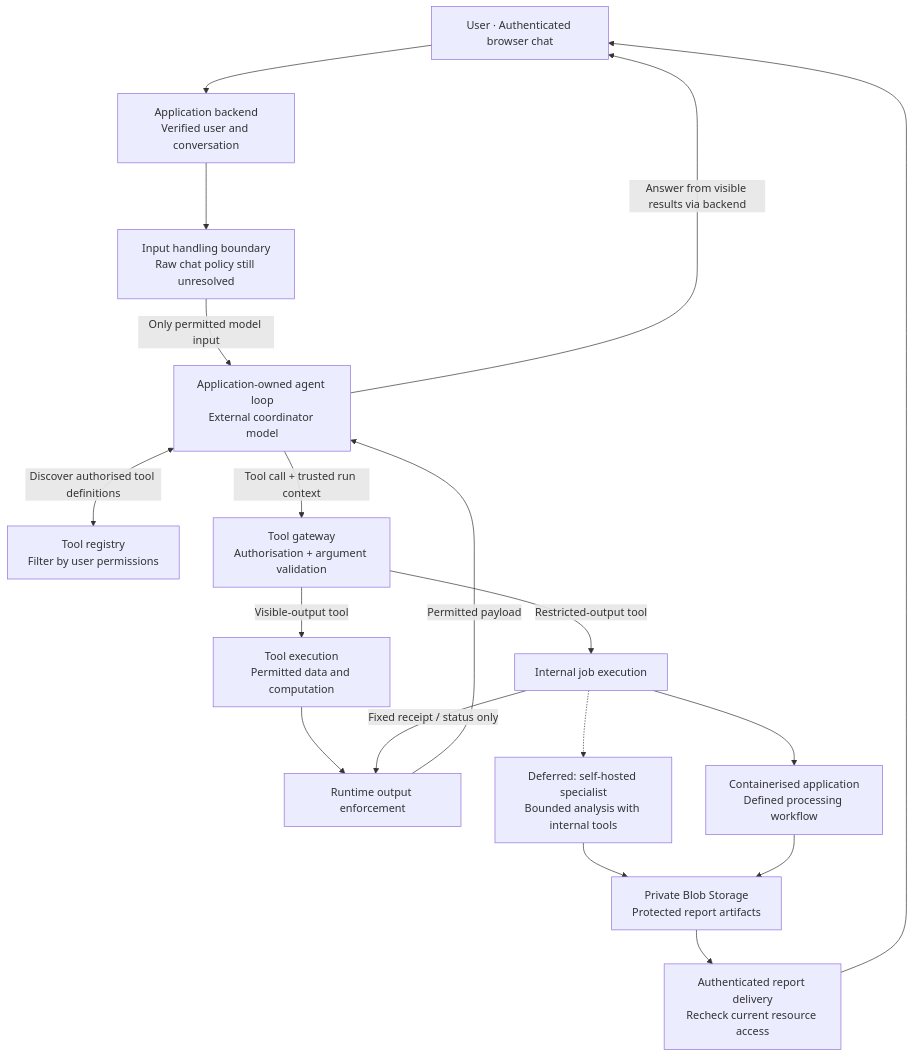
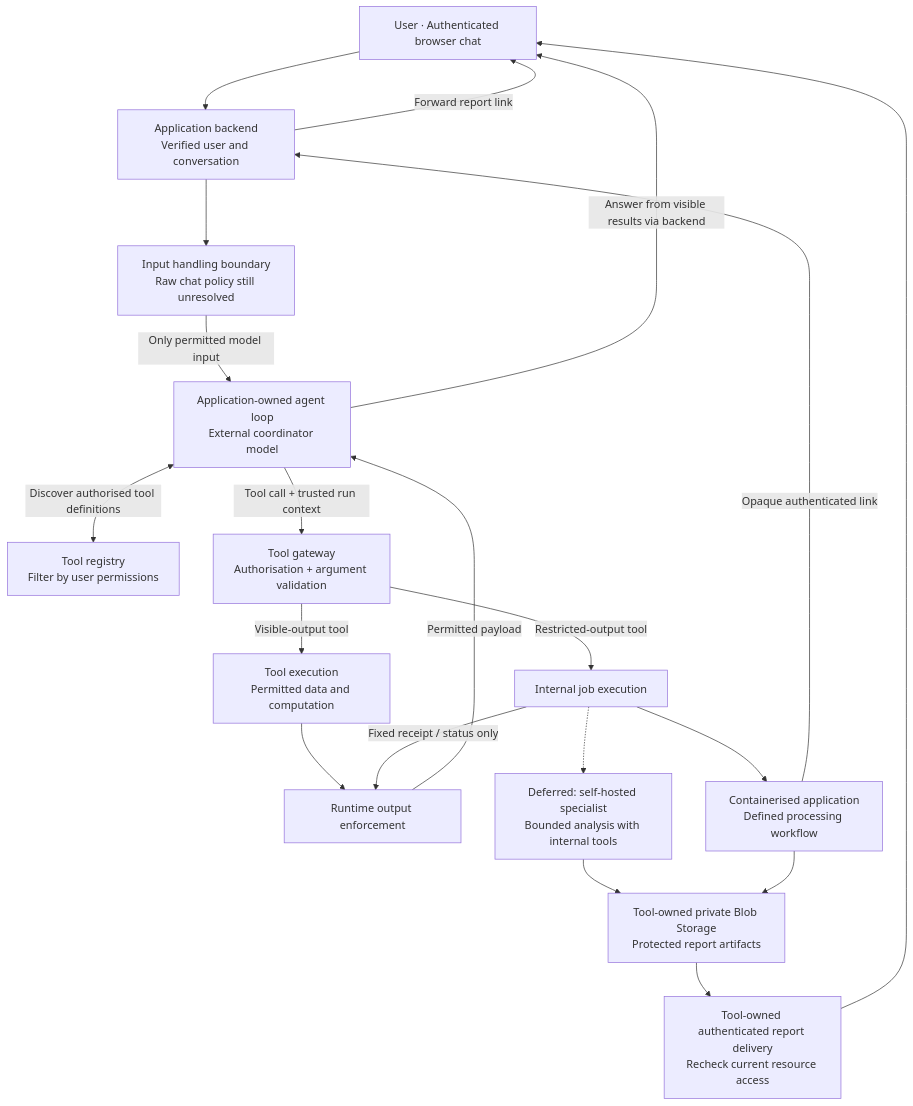
One commit to bout3fiddy/bankeriq-agent-platform changed the second of 2 diagrams in ARCHITECTURE.md. Above: the diagram before and after it, drawn with Mermaid. The commit also changed other lines of this file and 7 other files, not shown here.

````diff
--- a/ARCHITECTURE.md
+++ b/ARCHITECTURE.md
@@ -65,20 +684,22 @@
 ```mermaid
 flowchart TD
     U["User · Authenticated browser chat"] --> A["Application backend<br/>Verified user and conversation"]
     A --> I["Input handling boundary<br/>Raw chat policy still unresolved"]
     I -->|"Only permitted model input"| C["Application-owned agent loop<br/>External coordinator model"]
     C <-->|"Discover authorised tool definitions"| D["Tool registry<br/>Filter by user permissions"]
     C -->|"Tool call + trusted run context"| G["Tool gateway<br/>Authorisation + argument validation"]
     G -->|"Visible-output tool"| V["Tool execution<br/>Permitted data and computation"]
     V --> O["Runtime output enforcement"]
     O -->|"Permitted payload"| C
     G -->|"Restricted-output tool"| J["Internal job execution"]
     J -.-> S["Deferred: self-hosted specialist<br/>Bounded analysis with internal tools"]
     J --> K["Containerised application<br/>Defined processing workflow"]
-    S --> R["Private Blob Storage<br/>Protected report artifacts"]
+    S --> R["Tool-owned private Blob Storage<br/>Protected report artifacts"]
     K --> R
     J -->|"Fixed receipt / status only"| O
-    R --> B["Authenticated report delivery<br/>Recheck current resource access"]
+    R --> B["Tool-owned authenticated report delivery<br/>Recheck current resource access"]
     B --> U
+    K -->|"Opaque authenticated link"| A
+    A -->|"Forward report link"| U
     C -->|"Answer from visible results via backend"| U
 ```
````
